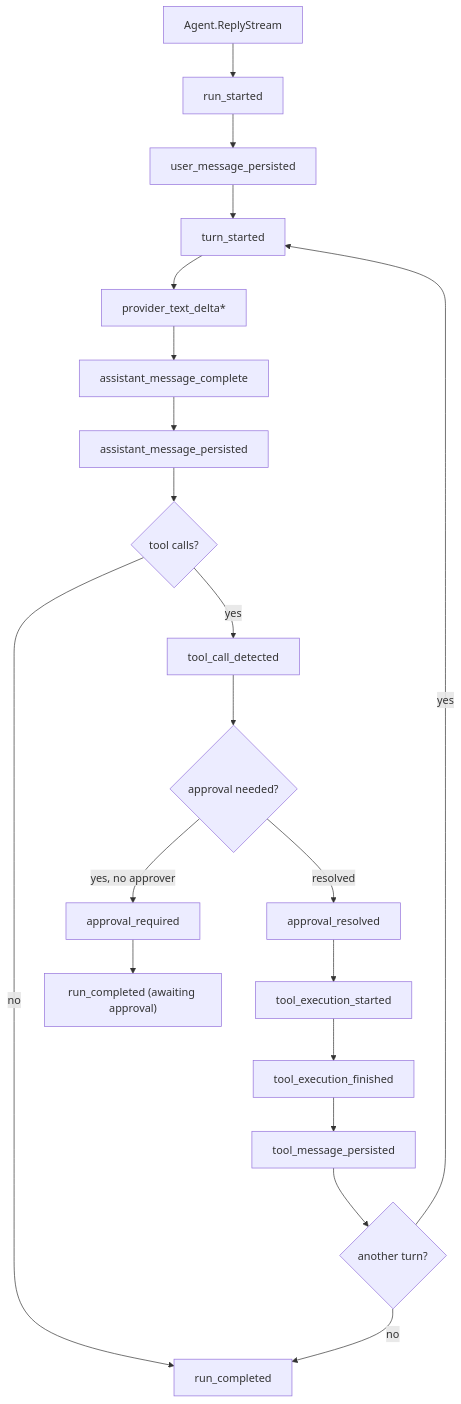
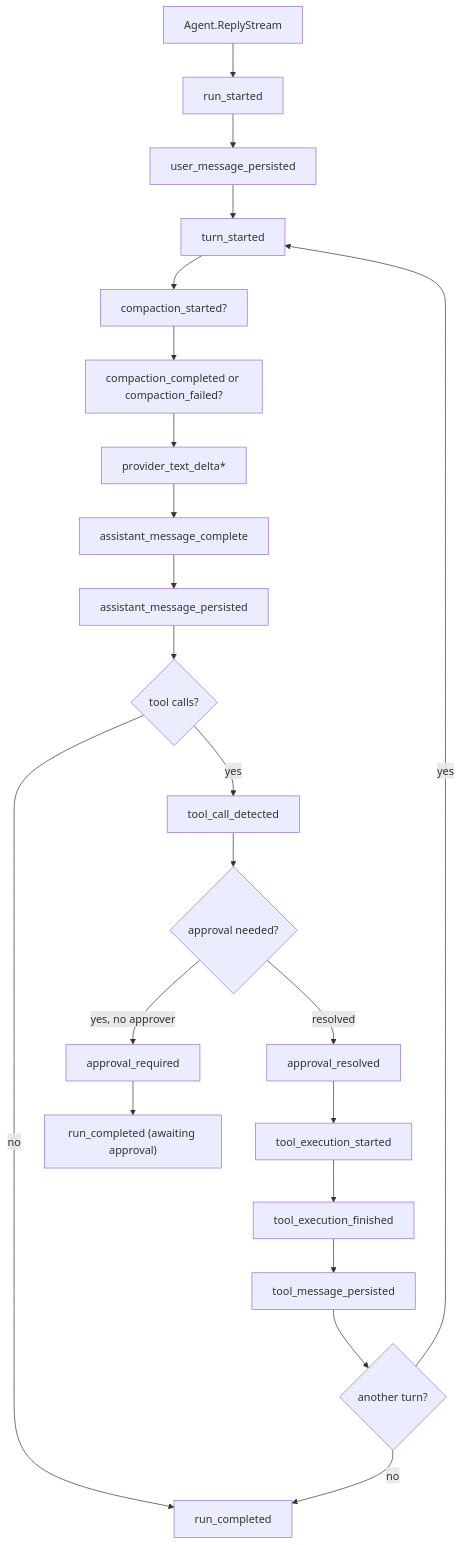
The second of 3 diagrams in internal/agent/ARCHITECTURE.md (xren/goose-go), drawn with Mermaid before and after one commit. The commit also changed other lines of this file and 9 other files, not shown here.

Commit message:
Document post-compaction flow

````diff
--- a/internal/agent/ARCHITECTURE.md
+++ b/internal/agent/ARCHITECTURE.md
@@ -59,22 +63,24 @@
 ```mermaid
 flowchart TD
     A["Agent.ReplyStream"] --> B["run_started"]
     B --> C["user_message_persisted"]
     C --> D["turn_started"]
-    D --> E["provider_text_delta*"]
-    E --> F["assistant_message_complete"]
-    F --> G["assistant_message_persisted"]
-    G --> H{"tool calls?"}
-    H -- "no" --> I["run_completed"]
-    H -- "yes" --> J["tool_call_detected"]
-    J --> K{"approval needed?"}
-    K -- "yes, no approver" --> L["approval_required"]
-    L --> M["run_completed (awaiting approval)"]
-    K -- "resolved" --> N["approval_resolved"]
-    N --> O["tool_execution_started"]
-    O --> P["tool_execution_finished"]
-    P --> Q["tool_message_persisted"]
-    Q --> R{"another turn?"}
-    R -- "yes" --> D
-    R -- "no" --> I
+    D --> E["compaction_started?"]
+    E --> F["compaction_completed or compaction_failed?"]
+    F --> G["provider_text_delta*"]
+    G --> H["assistant_message_complete"]
+    H --> I["assistant_message_persisted"]
+    I --> J{"tool calls?"}
+    J -- "no" --> K["run_completed"]
+    J -- "yes" --> L["tool_call_detected"]
+    L --> M{"approval needed?"}
+    M -- "yes, no approver" --> N["approval_required"]
+    N --> O["run_completed (awaiting approval)"]
+    M -- "resolved" --> P["approval_resolved"]
+    P --> Q["tool_execution_started"]
+    Q --> R["tool_execution_finished"]
+    R --> S["tool_message_persisted"]
+    S --> T{"another turn?"}
+    T -- "yes" --> D
+    T -- "no" --> K
 ```
````
